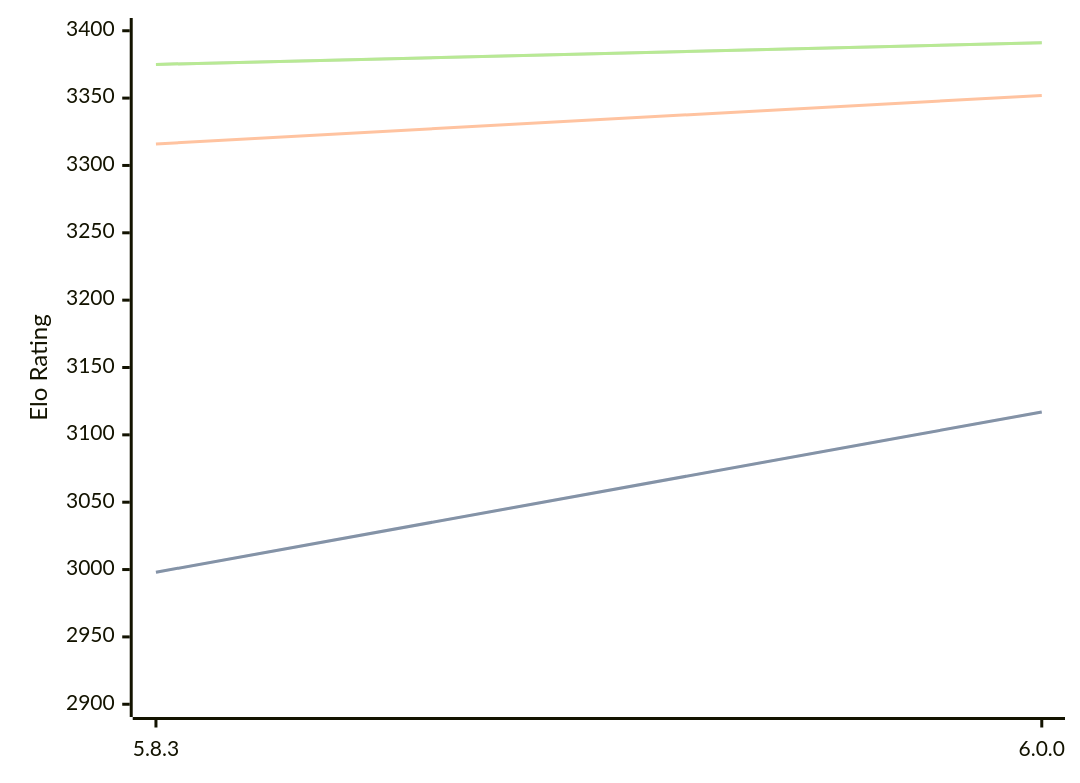
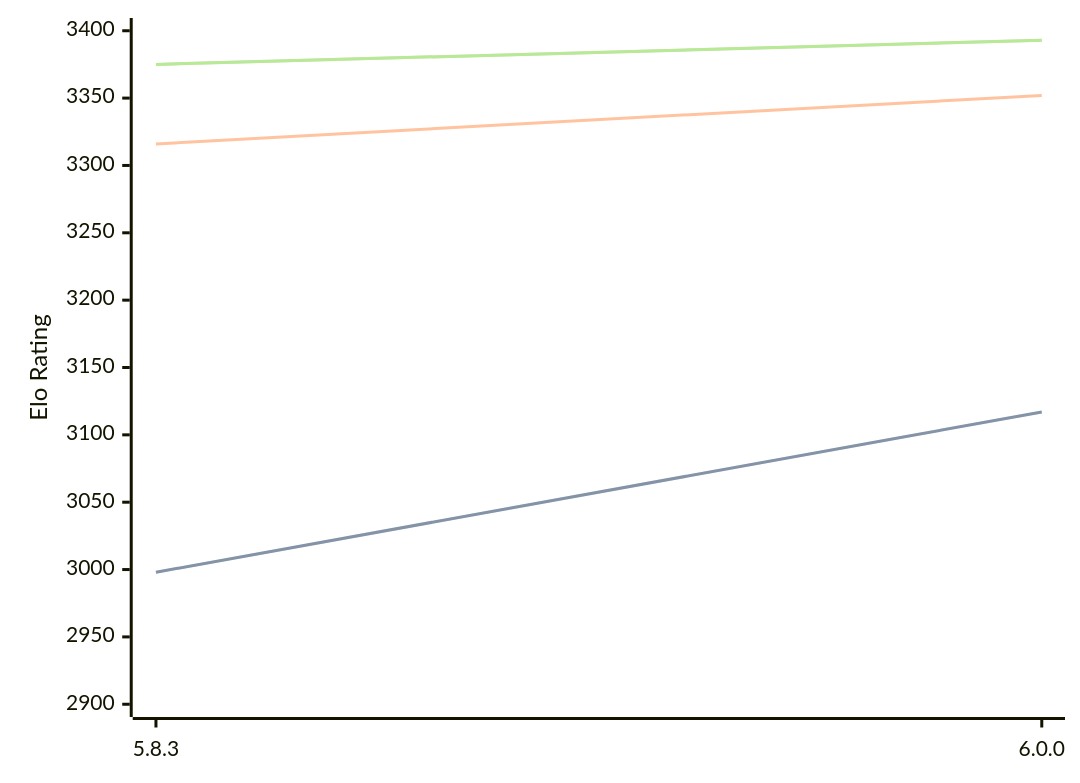
Before and after one commit to computer-chess-index/cci: the diagram in engines/Zigqueen.md, drawn with Mermaid. The commit also changed other lines of this file, not shown here.

Commit message:
Update CCI Ratings (ELO VLTC) - 2026-08-30

````diff
--- a/engines/Zigqueen.md
+++ b/engines/Zigqueen.md
@@ -35,11 +35,11 @@
 ```mermaid
 %%{init: {"theme":"base","themeVariables":{"seriesColors:['#a3a3a3','#222221','#faa371']}}}%%
 xychart-beta
   x-axis ["5.8.3", "6.0.0"]
   y-axis "Elo Rating" 2900 --> 3400
   line "" [2998, 3117]
   line "STC (8.0+0.08s)" [2998, 3117]
   line "LTC (60.0+0.60s)" [3316, 3352]
-  line "" [3375, 3391]
-  line "VLTC (2m24s+1.12s)" [3375, 3391]
+  line "" [3375, 3393]
+  line "VLTC (2m24s+1.12s)" [3375, 3393]
 ```
````
